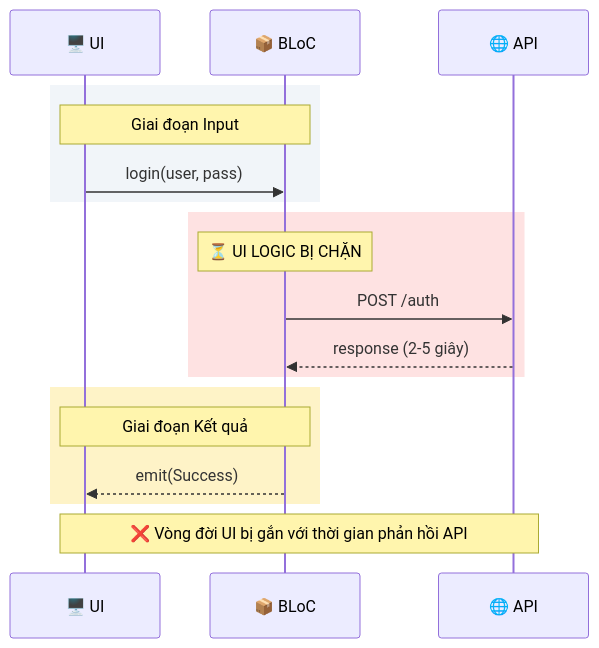
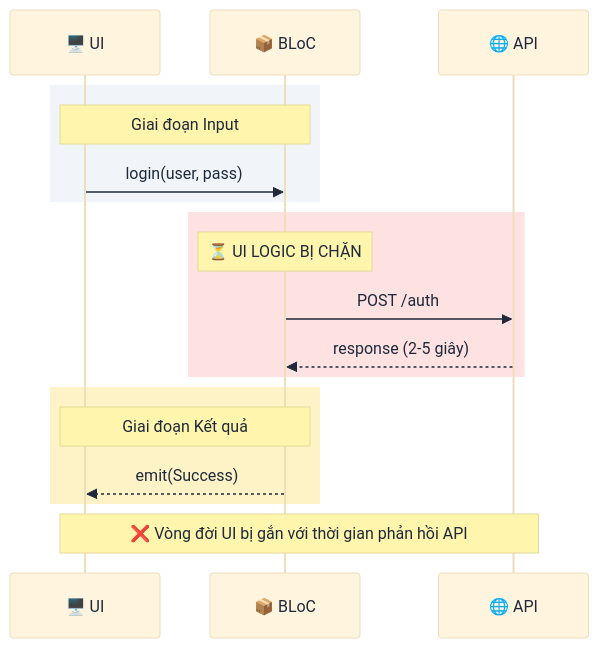
The second of 6 diagrams in book/vi/chapters/01_the_pain.md (lploc94/flutter_orchestrator), drawn with Mermaid before and after one commit. The commit also changed 3 other files, not shown here.

First line of the commit message:
docs(book): fix sequence diagram text contrast

````diff
--- a/book/vi/chapters/01_the_pain.md
+++ b/book/vi/chapters/01_the_pain.md
@@ -57,24 +57,25 @@
 ```mermaid
+%%{init: {'theme': 'base', 'themeVariables': { 'primaryTextColor': '#1e293b', 'noteTextColor': '#1e293b', 'actorTextColor': '#1e293b' }}}%%
 sequenceDiagram
     participant UI as 🖥️ UI
     participant BLoC as 📦 BLoC
     participant API as 🌐 API
     
     rect rgb(241, 245, 249)
         Note over UI,BLoC: Giai đoạn Input
         UI->>BLoC: login(user, pass)
     end
     
     rect rgb(254, 226, 226)
         Note over BLoC: ⏳ UI LOGIC BỊ CHẶN
         BLoC->>API: POST /auth
         API-->>BLoC: response (2-5 giây)
     end
     
     rect rgb(254, 243, 199)
         Note over BLoC,UI: Giai đoạn Kết quả
         BLoC-->>UI: emit(Success)
     end
     
     Note over UI,API: ❌ Vòng đời UI bị gắn với thời gian phản hồi API
 ```
````
